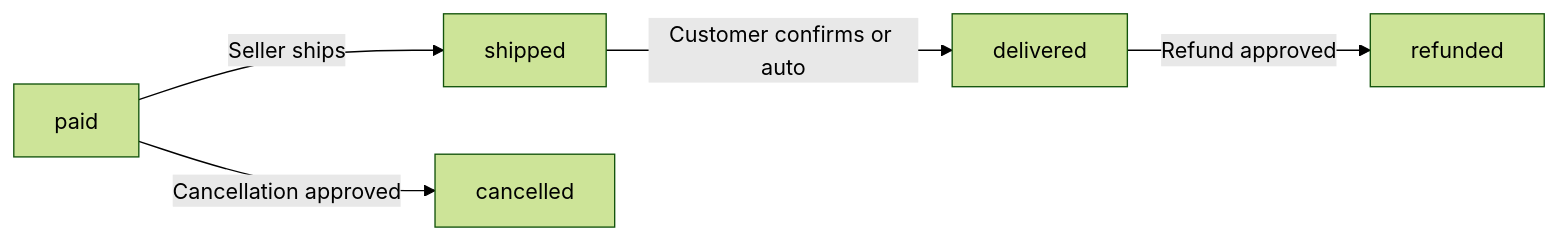
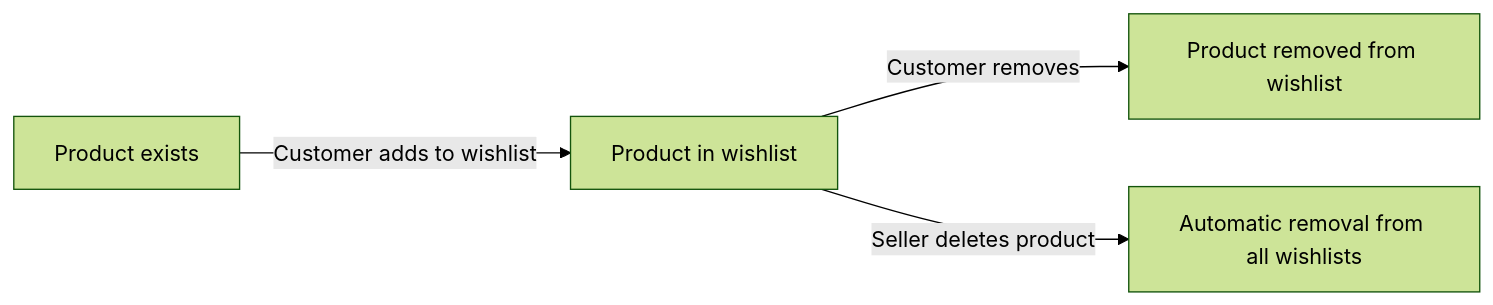
One commit to wrtnlabs/autobe-examples changed the first of 6 diagrams in qwen/qwen3.5-397b-a17b/shopping/docs/analysis/02-domain-model.md. Above: the diagram before and after it, drawn with Mermaid (forest theme). The commit also changed other lines of this file and 9017 other files, not shown here.

````diff
--- a/qwen/qwen3.5-397b-a17b/shopping/docs/analysis/02-domain-model.md
+++ b/qwen/qwen3.5-397b-a17b/shopping/docs/analysis/02-domain-model.md
@@ -337,7 +187,6 @@
 ```mermaid
 flowchart LR
-    A["paid"] -->|"Seller ships"| B["shipped"]
-    B -->|"Customer confirms or auto"| C["delivered"]
-    A -->|"Cancellation approved"| D["cancelled"]
-    C -->|"Refund approved"| E["refunded"]
+    A["Product exists"] -->|"Customer adds to wishlist"| B["Product in wishlist"]
+    B -->|"Customer removes"| C["Product removed from wishlist"]
+    B -->|"Seller deletes product"| D["Automatic removal from all wishlists"]
 ```
````
